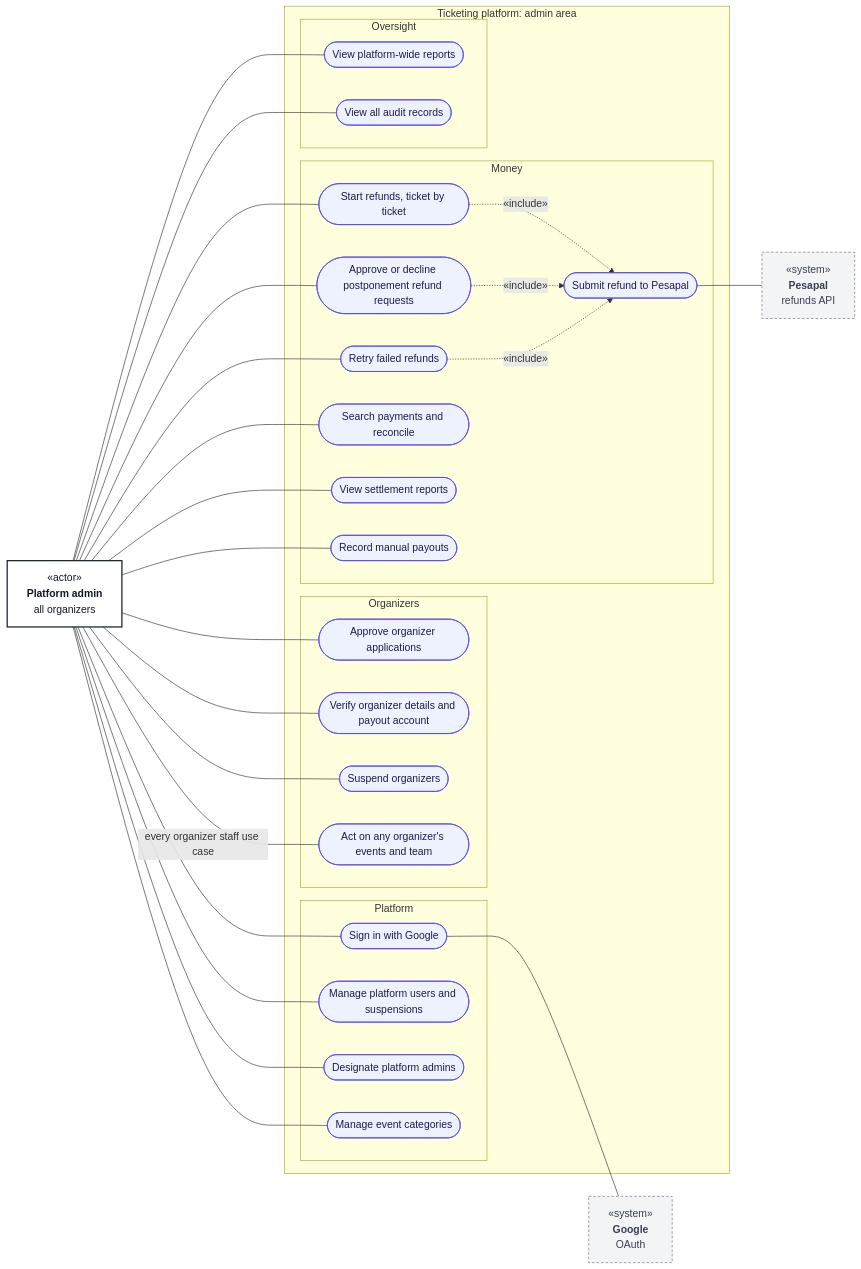
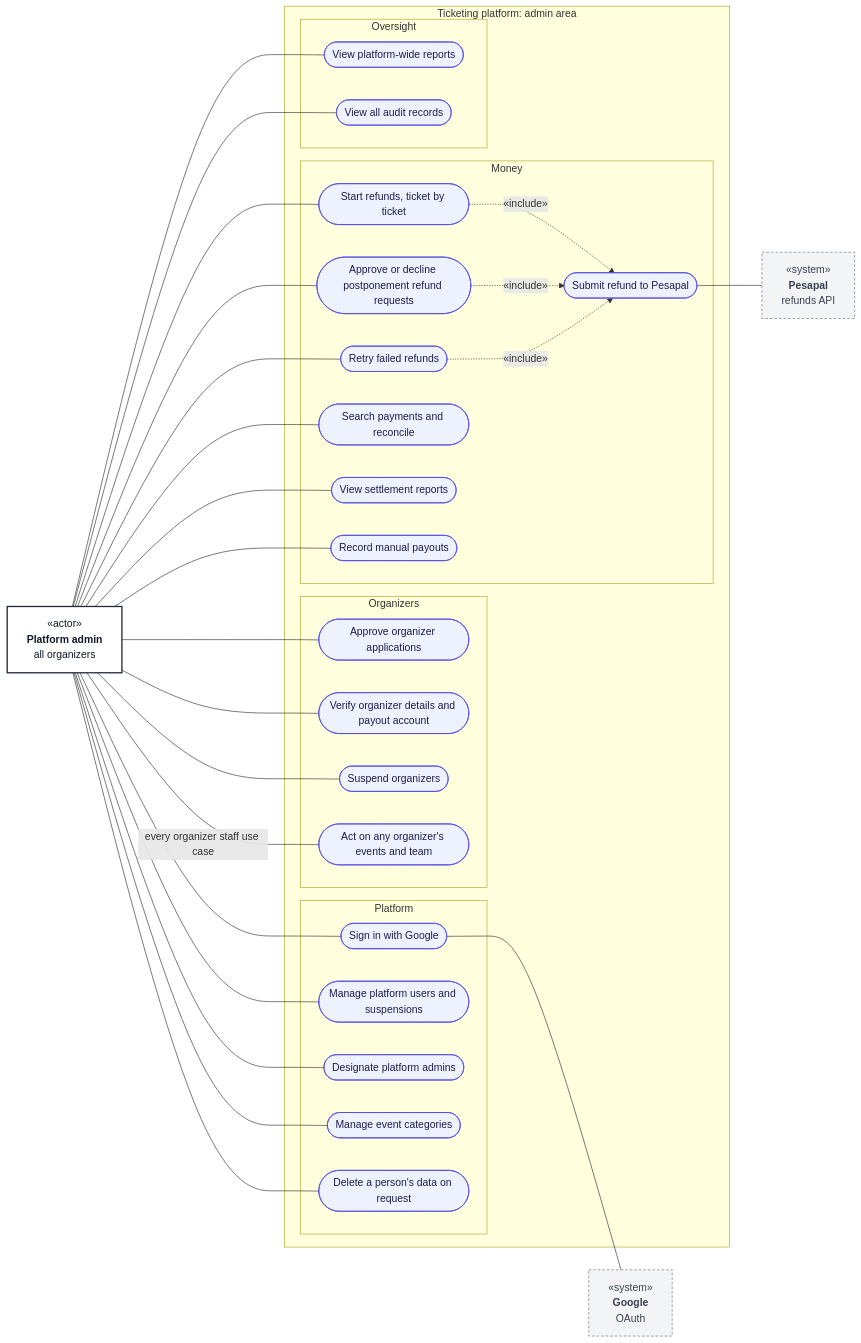
Before and after one commit to kreativesahara/ticket: the diagram in doc/diagrams/use-cases/05-platform-admin.md, drawn with Mermaid. The commit also changed other lines of this file and 68 other files, not shown here.

Commit message:
docs: add comprehensive ERD, activity, and use-case diagrams along with supporting documentation and prompt updates

````diff
--- a/doc/diagrams/use-cases/05-platform-admin.md
+++ b/doc/diagrams/use-cases/05-platform-admin.md
@@ -9,63 +9,65 @@
 ```mermaid
 flowchart LR
     classDef actor fill:#ffffff,stroke:#1f2937,stroke-width:2px,color:#111827
     classDef external fill:#f3f4f6,stroke:#6b7280,stroke-width:1px,stroke-dasharray:4 3,color:#374151
     classDef usecase fill:#eef2ff,stroke:#4f46e5,stroke-width:1px,color:#1e1b4b
 
     Admin["«actor»<br/><b>Platform admin</b><br/>all organizers"]:::actor
 
     subgraph SYS["Ticketing platform: admin area"]
         subgraph P1["Platform"]
             A1(["Sign in with Google"]):::usecase
             A2(["Manage platform users and suspensions"]):::usecase
             A3(["Designate platform admins"]):::usecase
             A4(["Manage event categories"]):::usecase
+            A18(["Delete a person's data on request"]):::usecase
         end
         subgraph P2["Organizers"]
             A5(["Approve organizer applications"]):::usecase
             A6(["Verify organizer details and payout account"]):::usecase
             A7(["Suspend organizers"]):::usecase
             A8(["Act on any organizer's events and team"]):::usecase
         end
         subgraph P3["Money"]
             A9(["Start refunds, ticket by ticket"]):::usecase
             A10(["Approve or decline postponement refund requests"]):::usecase
             A11(["Retry failed refunds"]):::usecase
             A12(["Submit refund to Pesapal"]):::usecase
             A13(["Search payments and reconcile"]):::usecase
             A14(["View settlement reports"]):::usecase
             A15(["Record manual payouts"]):::usecase
         end
         subgraph P4["Oversight"]
             A16(["View platform-wide reports"]):::usecase
             A17(["View all audit records"]):::usecase
         end
     end
 
     Google["«system»<br/><b>Google</b><br/>OAuth"]:::external
     Pesapal["«system»<br/><b>Pesapal</b><br/>refunds API"]:::external
 
     Admin --- A1
     Admin --- A2
     Admin --- A3
     Admin --- A4
+    Admin --- A18
     Admin --- A5
     Admin --- A6
     Admin --- A7
     Admin ---|"every organizer staff use case"| A8
     Admin --- A9
     Admin --- A10
     Admin --- A11
     Admin --- A13
     Admin --- A14
     Admin --- A15
     Admin --- A16
     Admin --- A17
 
     A9 -.->|"«include»"| A12
     A10 -.->|"«include»"| A12
     A11 -.->|"«include»"| A12
 
     A1 --- Google
     A12 --- Pesapal
 ```
````
